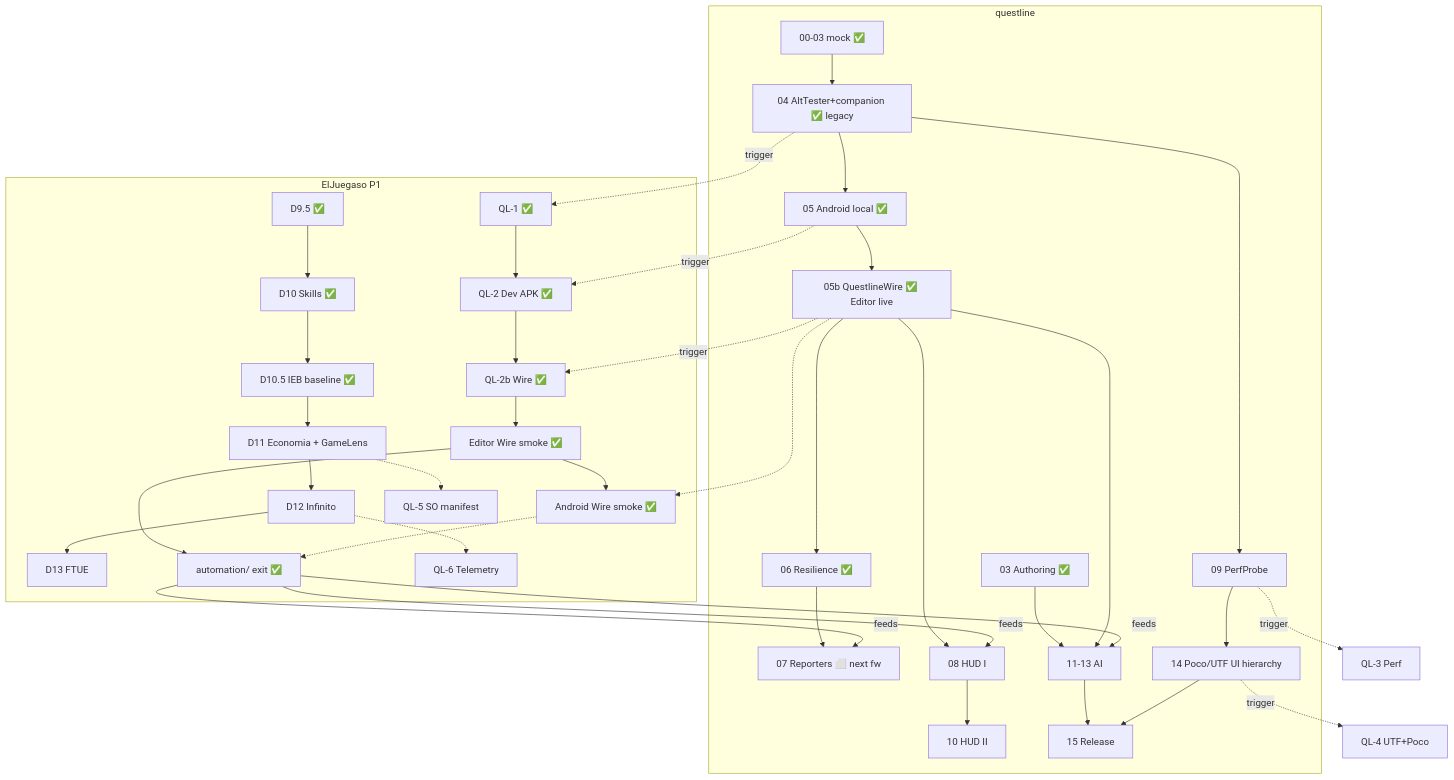
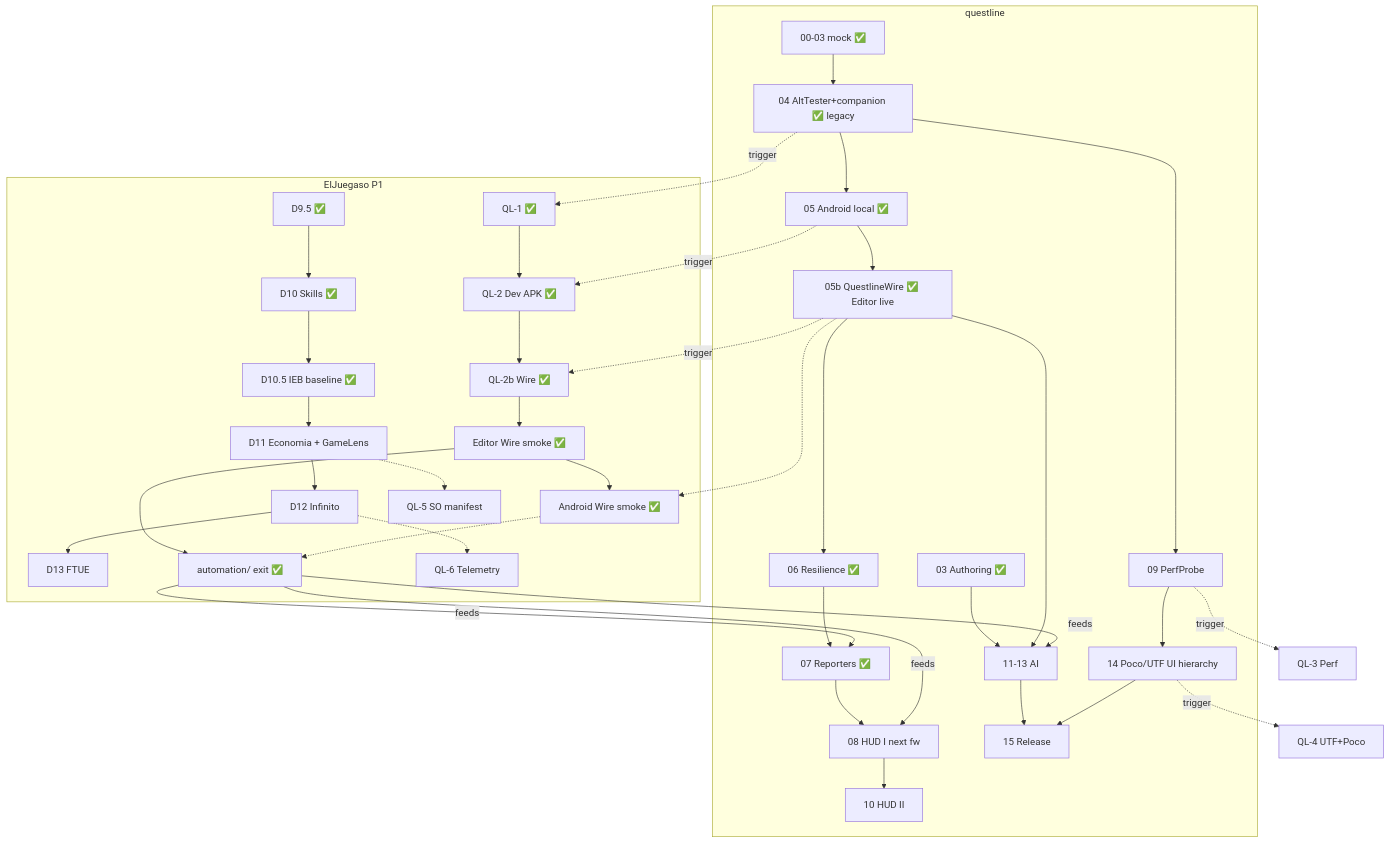
Before and after one commit to Knutronko/questline: the diagram in docs/STATUS-DUAL.md, drawn with Mermaid. The commit also changed other lines of this file and 32 other files, not shown here.

````diff
--- a/docs/STATUS-DUAL.md
+++ b/docs/STATUS-DUAL.md
@@ -98,44 +98,44 @@
 ```mermaid
 flowchart TB
   subgraph QL[questline]
     Q0[00-03 mock ✅] --> Q4[04 AltTester+companion ✅ legacy]
     Q4 --> Q5[05 Android local ✅]
     Q5 --> Q5b[05b QuestlineWire ✅ Editor live]
     Q5b --> Q6[06 Resilience ✅]
-    Q6 --> Q7[07 Reporters ⬜ next fw]
-    Q5b --> Q8[08 HUD I]
+    Q6 --> Q7[07 Reporters ✅]
+    Q7 --> Q8[08 HUD I next fw]
     Q4 --> Q9[09 PerfProbe]
     Q8 --> Q10[10 HUD II]
     Q3[03 Authoring ✅] --> Q11[11-13 AI]
     Q5b --> Q11
     Q9 --> Q14[14 Poco/UTF UI hierarchy]
     Q11 --> Q15[15 Release]
     Q14 --> Q15
   end
 
   subgraph Game[ElJuegaso P1]
     D95[D9.5 ✅] --> D10[D10 Skills ✅]
     D10 --> D105[D10.5 IEB baseline ✅]
     D105 --> D11[D11 Economia + GameLens]
     D11 --> D12[D12 Infinito]
     D12 --> D13[D13 FTUE]
     QL1[QL-1 ✅] --> QL2[QL-2 Dev APK ✅]
     QL2 --> QL2b[QL-2b Wire ✅]
     QL2b --> LiveEd[Editor Wire smoke ✅]
     LiveEd --> Auto[automation/ exit ✅]
     LiveEd --> LiveAnd[Android Wire smoke ✅]
     LiveAnd -.-> Auto
     D11 -.-> QL5[QL-5 SO manifest]
     D12 -.-> QL6[QL-6 Telemetry]
   end
 
   Q4 -.->|trigger| QL1
   Q5 -.->|trigger| QL2
   Q5b -.->|trigger| QL2b
   Q5b -.-> LiveAnd
   Q9 -.->|trigger| QL3[QL-3 Perf]
   Q14 -.->|trigger| QL4[QL-4 UTF+Poco]
   Auto -->|feeds| Q7
   Auto -->|feeds| Q8
   Auto -->|feeds| Q11
 ```
````
